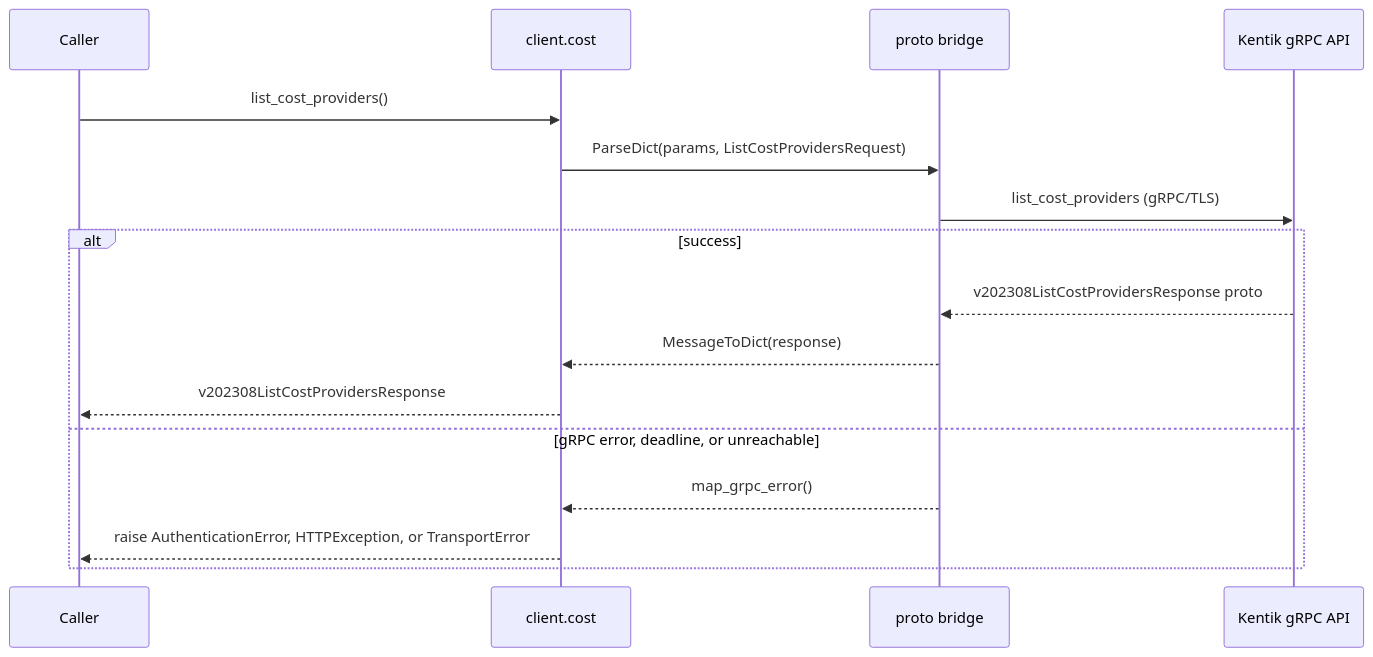
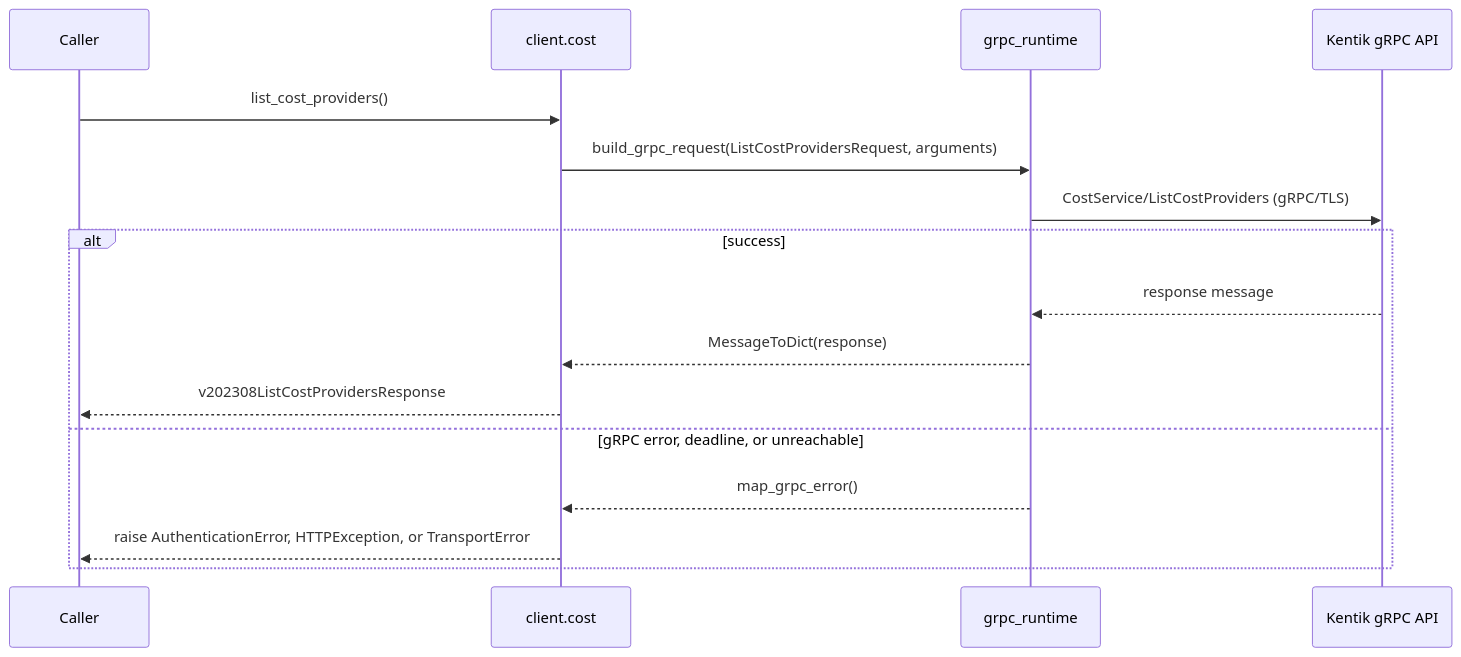
The third of 8 diagrams in docs/sphinx/services/cost.md (alexdearaujo/community_sdk_python), drawn with Mermaid before and after one commit. The commit also changed other lines of this file and 37 other files, not shown here.

First line of the commit message:
docs: show the real RPC in each service page's gRPC diagram

````diff
--- a/docs/sphinx/services/cost.md
+++ b/docs/sphinx/services/cost.md
@@ -59,19 +59,19 @@
 ```mermaid
 sequenceDiagram
     participant C as Caller
     participant W as client.cost
-    participant B as proto bridge
+    participant R as grpc_runtime
     participant API as Kentik gRPC API
 
     C->>W: list_cost_providers()
-    W->>B: ParseDict(params, ListCostProvidersRequest)
-    B->>API: list_cost_providers (gRPC/TLS)
+    W->>R: build_grpc_request(ListCostProvidersRequest, arguments)
+    R->>API: CostService/ListCostProviders (gRPC/TLS)
     alt success
-        API-->>B: v202308ListCostProvidersResponse proto
-        B-->>W: MessageToDict(response)
+        API-->>R: response message
+        R-->>W: MessageToDict(response)
         W-->>C: v202308ListCostProvidersResponse
     else gRPC error, deadline, or unreachable
-        B-->>W: map_grpc_error()
+        R-->>W: map_grpc_error()
         W-->>C: raise AuthenticationError, HTTPException, or TransportError
     end
 ```
````
